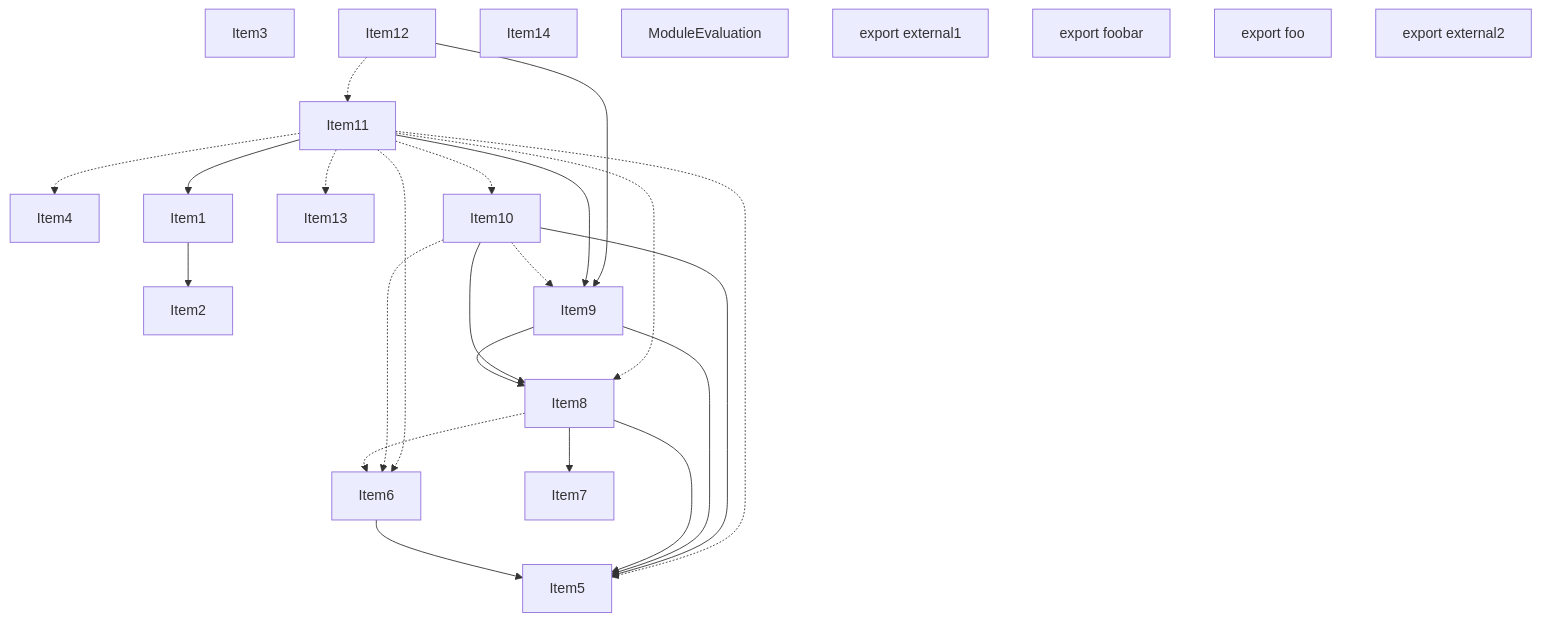
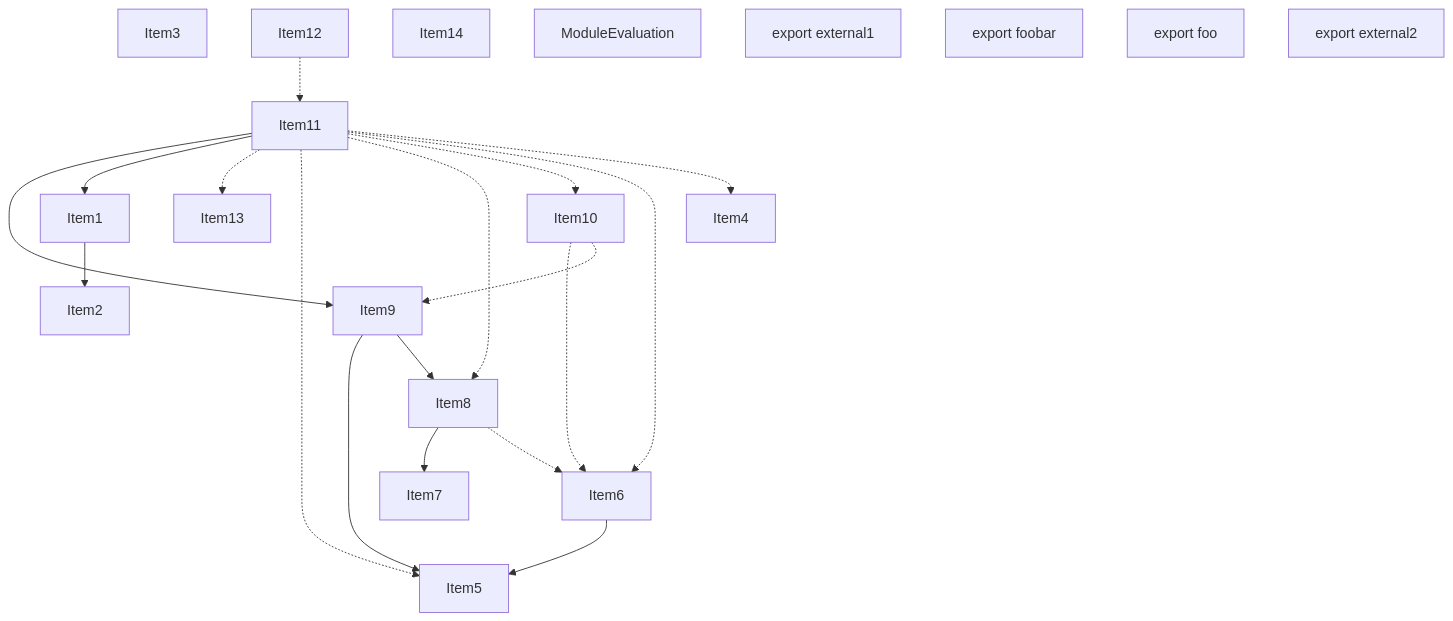
Before and after one commit to vercel/turborepo: the second of 5 diagrams in crates/turbopack-ecmascript/tests/tree-shaker/analyzer/2/output.md, drawn with Mermaid. The commit also changed other lines of this file and 23 other files, not shown here.

````diff
--- a/crates/turbopack-ecmascript/tests/tree-shaker/analyzer/2/output.md
+++ b/crates/turbopack-ecmascript/tests/tree-shaker/analyzer/2/output.md
@@ -175,48 +173,44 @@
 ```mermaid
 graph TD
     Item3;
     Item2;
     Item4;
     Item5;
     Item6;
     Item7;
     Item8;
     Item9;
     Item10;
     Item11;
     Item12;
     Item13;
     Item14;
     Item1;
     Item15;
     Item15["ModuleEvaluation"];
     Item16;
     Item16["export external1"];
     Item17;
     Item17["export foobar"];
     Item18;
     Item18["export foo"];
     Item19;
     Item19["export external2"];
     Item1 --> Item2;
     Item6 --> Item5;
     Item8 --> Item7;
-    Item8 --> Item5;
     Item8 -.-> Item6;
     Item9 --> Item5;
     Item9 --> Item8;
-    Item10 --> Item5;
-    Item10 --> Item8;
     Item10 -.-> Item6;
     Item10 -.-> Item9;
     Item11 --> Item9;
     Item11 --> Item1;
     Item11 -.-> Item13;
     Item11 -.-> Item5;
     Item11 -.-> Item8;
     Item11 -.-> Item10;
     Item11 -.-> Item6;
     Item11 -.-> Item4;
-    Item12 --> Item9;
     Item12 -.-> Item11;
 ```
````
